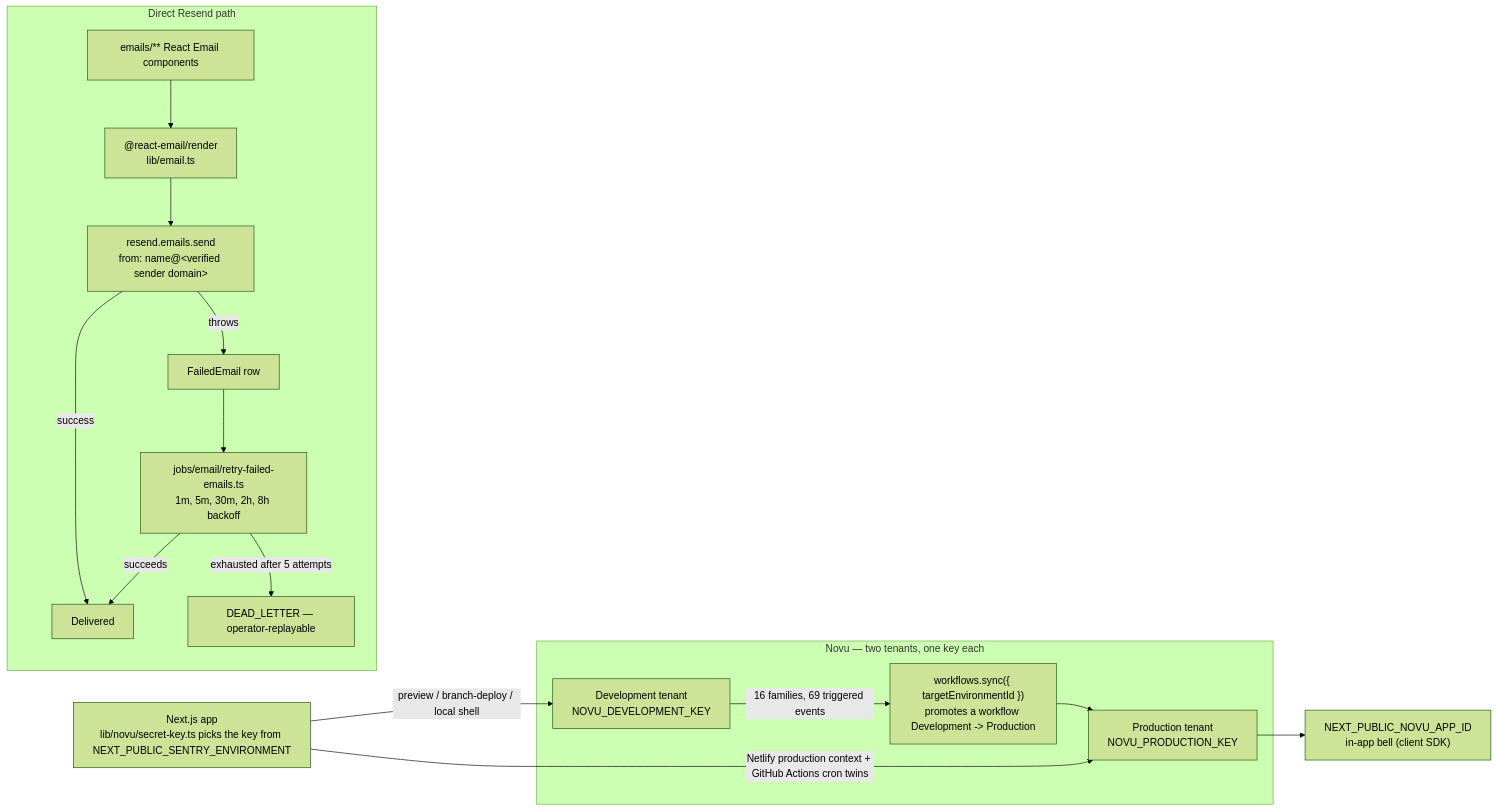
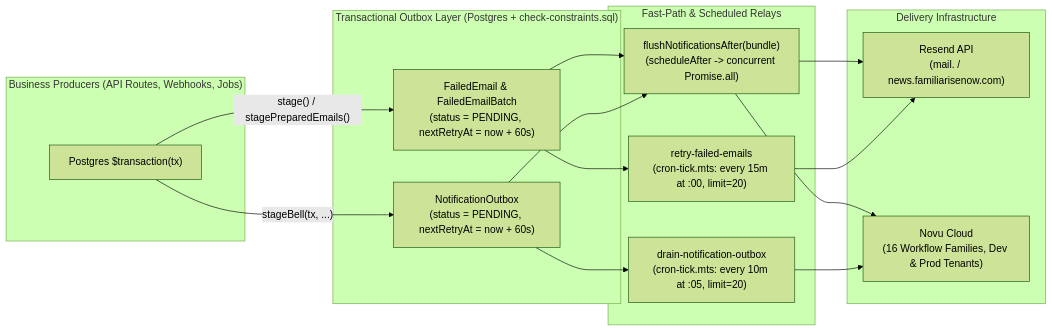
One commit to Practitionist/familiarise_web changed the first of 2 diagrams in docs/notifications/01-architecture.md. Above: the diagram before and after it, drawn with Mermaid (forest theme). The commit also changed other lines of this file and 72 other files, not shown here.

Commit message:
feat(notifications): productionize dual-channel outbox, channel parity, security & non-blocking delivery (#2082, #1848, #1653)

````diff
--- a/docs/notifications/01-architecture.md
+++ b/docs/notifications/01-architecture.md
@@ -57,29 +18,33 @@
 ```mermaid
-flowchart LR
-  subgraph NovuTenants["Novu — two tenants, one key each"]
-    DEV_ENV["Development tenant<br/>NOVU_DEVELOPMENT_KEY"]
-    PROD_ENV["Production tenant<br/>NOVU_PRODUCTION_KEY"]
-    SYNC["workflows.sync({ targetEnvironmentId })<br/>promotes a workflow Development -> Production"]
-    DEV_ENV -- "16 families, 69 triggered events" --> SYNC --> PROD_ENV
-  end
-  APP["Next.js app<br/>lib/novu/secret-key.ts picks the key from NEXT_PUBLIC_SENTRY_ENVIRONMENT"]
-  APP -- "preview / branch-deploy / local shell" --> DEV_ENV
-  APP -- "Netlify production context + GitHub Actions cron twins" --> PROD_ENV
-  BELL["NEXT_PUBLIC_NOVU_APP_ID<br/>in-app bell (client SDK)"]
-  PROD_ENV --> BELL
+graph LR
+    subgraph "Business Producers (API Routes, Webhooks, Jobs)"
+        TX["Postgres $transaction(tx)"]
+    end
 
-  subgraph ResendPath["Direct Resend path"]
-    TPL["emails/** React Email components"]
-    RENDER["@react-email/render<br/>lib/email.ts"]
-    SEND["resend.emails.send<br/>from: name@&lt;verified sender domain&gt;"]
-    OK["Delivered"]
-    FAIL["FailedEmail row"]
-    RETRY["jobs/email/retry-failed-emails.ts<br/>1m, 5m, 30m, 2h, 8h backoff"]
-    DEAD["DEAD_LETTER — operator-replayable"]
-  end
-  TPL --> RENDER --> SEND
-  SEND -- "success" --> OK
-  SEND -- "throws" --> FAIL --> RETRY
-  RETRY -- "exhausted after 5 attempts" --> DEAD
-  RETRY -- "succeeds" --> OK
+    subgraph "Transactional Outbox Layer (Postgres + check-constraints.sql)"
+        FE["FailedEmail & FailedEmailBatch<br/>(status = PENDING, nextRetryAt = now + 60s)"]
+        NO["NotificationOutbox<br/>(status = PENDING, nextRetryAt = now + 60s)"]
+    end
+
+    subgraph "Fast-Path & Scheduled Relays"
+        FLUSH["flushNotificationsAfter(bundle)<br/>(scheduleAfter -> concurrent Promise.all)"]
+        ERELAY["retry-failed-emails<br/>(cron-tick.mts: every 15m at :00, limit=20)"]
+        NRELAY["drain-notification-outbox<br/>(cron-tick.mts: every 10m at :05, limit=20)"]
+    end
+
+    subgraph "Delivery Infrastructure"
+        RESEND["Resend API<br/>(mail. / news.familiarisenow.com)"]
+        NOVU["Novu Cloud<br/>(16 Workflow Families, Dev & Prod Tenants)"]
+    end
+
+    TX -->|"stage() / stagePreparedEmails()"| FE
+    TX -->|"stageBell(tx, ...)"| NO
+    FE --> FLUSH
+    NO --> FLUSH
+    FE --> ERELAY
+    NO --> NRELAY
+    FLUSH --> RESEND
+    ERELAY --> RESEND
+    FLUSH --> NOVU
+    NRELAY --> NOVU
 ```
````
